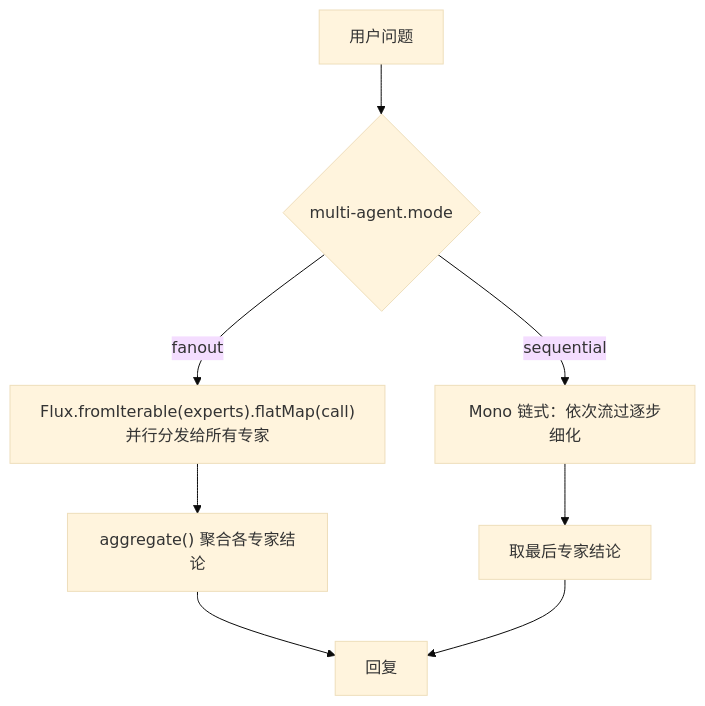
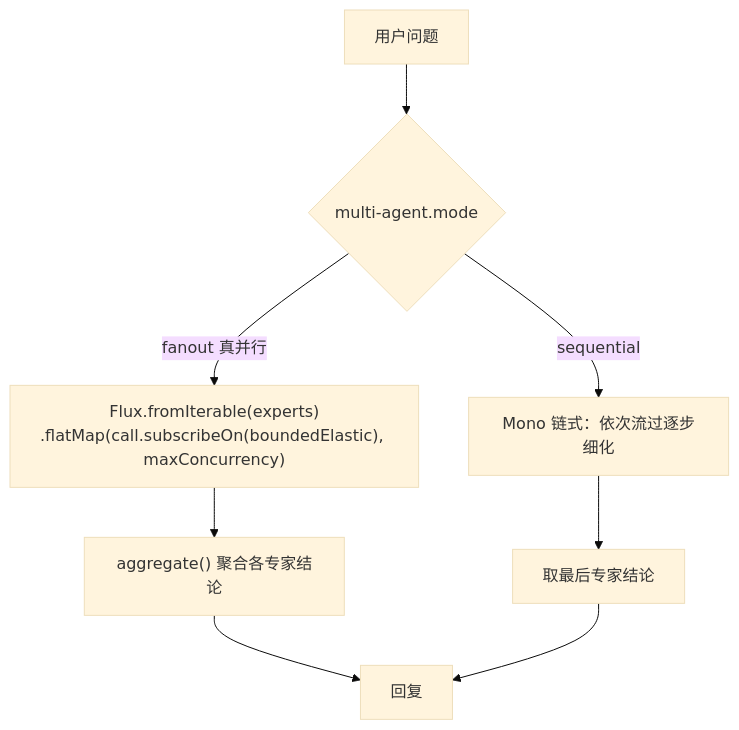
Before and after one commit to liulangjietou/customer_work: diagram 20 of 26 in docs/详细技术文档.md, drawn with Mermaid (base theme). The commit also changed other lines of this file and 5 other files, not shown here.

First line of the commit message:
feat(multi-agent): fanout 改为真并行编排（subscribeOn + 限流/超时/错误隔离）

````diff
--- a/docs/详细技术文档.md
+++ b/docs/详细技术文档.md
@@ -677,9 +677,9 @@
 ```mermaid
 flowchart TB
     Q[用户问题] --> MODE{multi-agent.mode}
-    MODE -->|fanout| FO["Flux.fromIterable(experts).flatMap(call)<br/>并行分发给所有专家"]
+    MODE -->|fanout 真并行| FO["Flux.fromIterable(experts)<br/>.flatMap(call.subscribeOn(boundedElastic), maxConcurrency)"]
     MODE -->|sequential| SE["Mono 链式：依次流过逐步细化"]
     FO --> AGG["aggregate() 聚合各专家结论"]
     SE --> LAST["取最后专家结论"]
     AGG & LAST --> R[回复]
 ```
````
